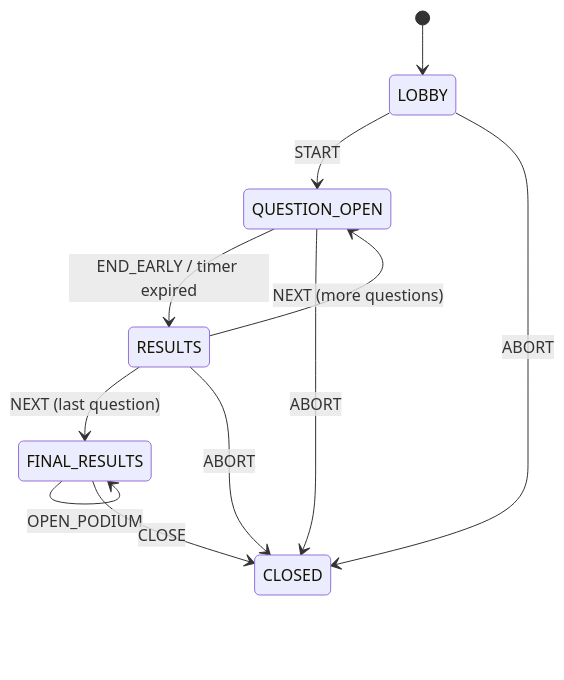
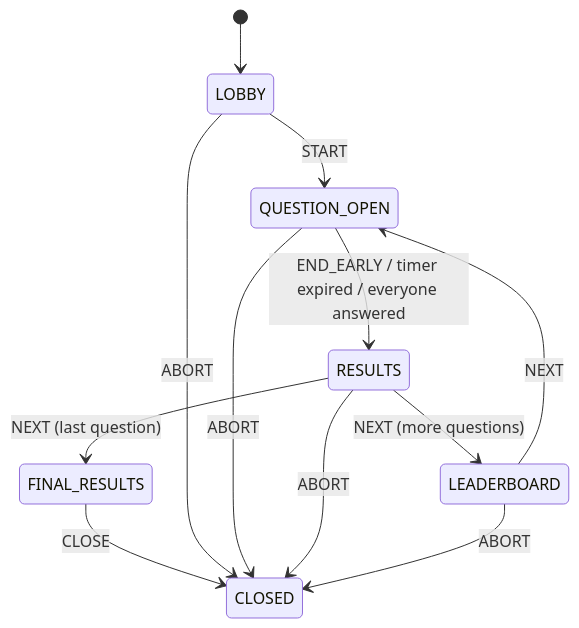
The diagram in README.md (A66adon/quizzle), drawn with Mermaid before and after one commit. The commit also changed other lines of this file and 30 other files, not shown here.

````diff
--- a/README.md
+++ b/README.md
@@ -155,13 +192,14 @@
 ```mermaid
 stateDiagram-v2
     [*] --> LOBBY
     LOBBY --> QUESTION_OPEN: START
-    QUESTION_OPEN --> RESULTS: END_EARLY / timer expired
-    RESULTS --> QUESTION_OPEN: NEXT (more questions)
+    QUESTION_OPEN --> RESULTS: END_EARLY / timer expired / everyone answered
+    RESULTS --> LEADERBOARD: NEXT (more questions)
     RESULTS --> FINAL_RESULTS: NEXT (last question)
-    FINAL_RESULTS --> FINAL_RESULTS: OPEN_PODIUM
+    LEADERBOARD --> QUESTION_OPEN: NEXT
     FINAL_RESULTS --> CLOSED: CLOSE
     LOBBY --> CLOSED: ABORT
     QUESTION_OPEN --> CLOSED: ABORT
     RESULTS --> CLOSED: ABORT
+    LEADERBOARD --> CLOSED: ABORT
 ```
````
